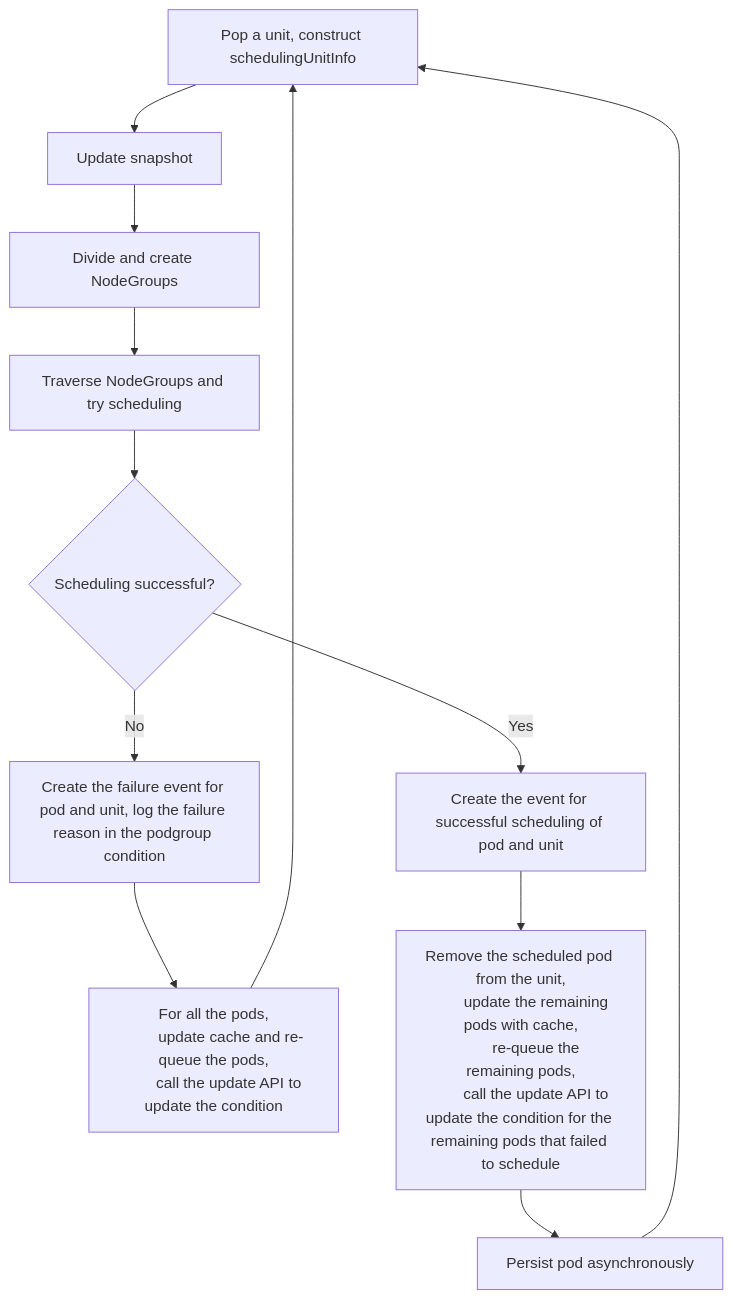
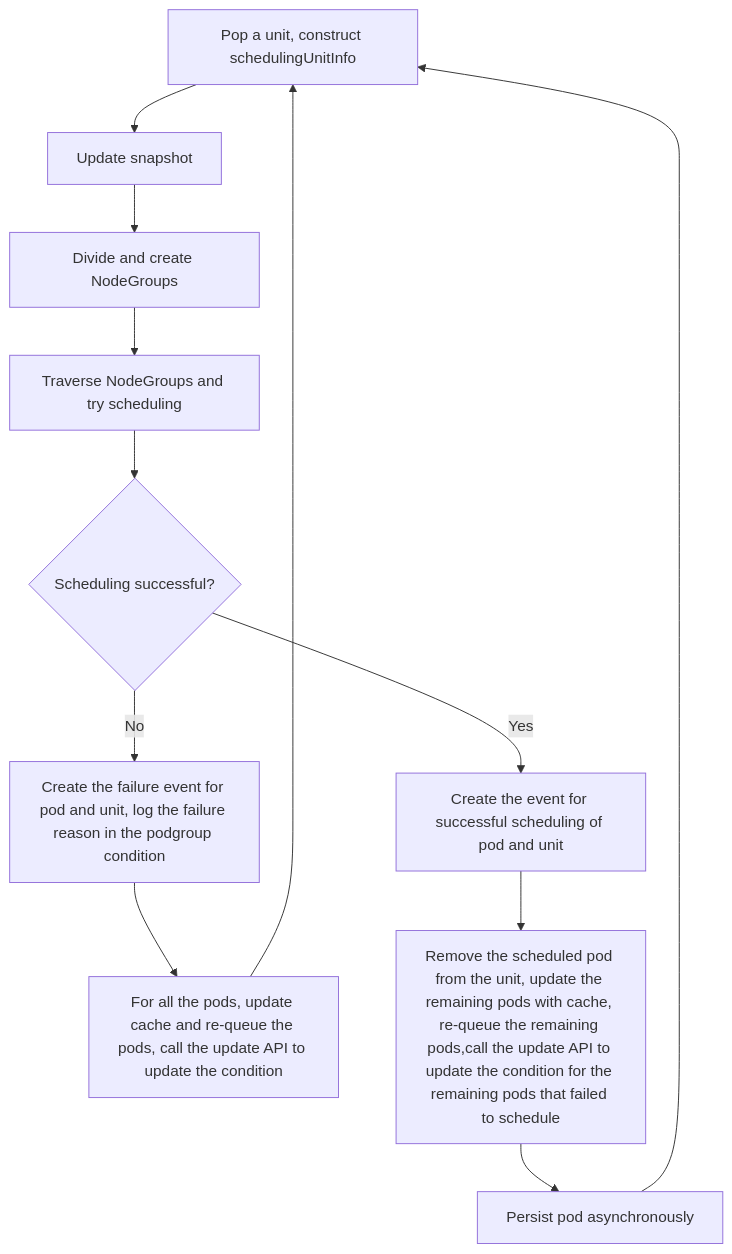
The diagram in docs/functionality/job-level-affinity/job-level-affinity-overview.md (sxy390/godel-scheduler), drawn with Mermaid before and after one commit.

Commit message:
modify the mermaid

````diff
--- a/docs/functionality/job-level-affinity/job-level-affinity-overview.md
+++ b/docs/functionality/job-level-affinity/job-level-affinity-overview.md
@@ -163,23 +163,14 @@
 ```mermaid
 graph TD
     A[Pop a unit, construct schedulingUnitInfo] --> B[Update snapshot]
     B --> C[Divide and create NodeGroups]
     C --> D[Traverse NodeGroups and try scheduling]
     D --> E{Scheduling successful?}
     E -- Yes --> H[Create the event for successful scheduling of pod and unit]
     E -- No --> F[Create the failure event for pod and unit, log the failure reason in the podgroup condition]
-    F --> G[
-        For all the pods,
-        update cache and re-queue the pods,
-        call the update API to update the condition
-    ]
-    H --> I[
-        Remove the scheduled pod from the unit,
-        update the remaining pods with cache,
-        re-queue the remaining pods,
-        call the update API to update the condition for the remaining pods that failed to schedule
-    ]
+    F --> G[For all the pods, update cache and re-queue the pods, call the update API to update the condition]
+    H --> I[Remove the scheduled pod from the unit, update the remaining pods with cache, re-queue the remaining pods,call the update API to update the condition for the remaining pods that failed to schedule]
     I --> J[Persist pod asynchronously]
     G --> A
     J --> A
 ```
````
